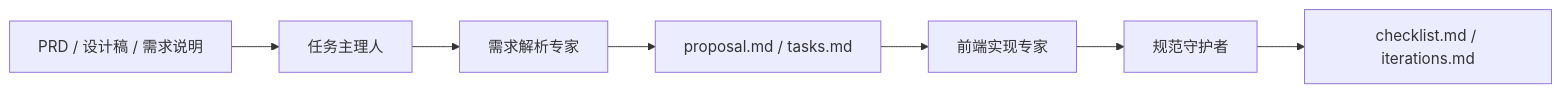
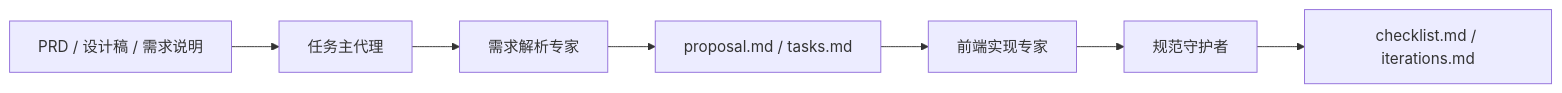
The third of 4 diagrams in docs/paser_two/规范驱动开发平台-渐进式实施与内部推广方案.md (Colouful/br-ai-spec), drawn with Mermaid before and after one commit. The commit also changed other lines of this file and 88 other files, not shown here.

````diff
--- a/docs/paser_two/规范驱动开发平台-渐进式实施与内部推广方案.md
+++ b/docs/paser_two/规范驱动开发平台-渐进式实施与内部推广方案.md
@@ -178,9 +178,9 @@
 ```mermaid
 flowchart LR
-    A["PRD / 设计稿 / 需求说明"] --> B["任务主理人"]
+    A["PRD / 设计稿 / 需求说明"] --> B["任务主代理"]
     B --> C["需求解析专家"]
     C --> D["proposal.md / tasks.md"]
     D --> E["前端实现专家"]
     E --> F["规范守护者"]
     F --> G["checklist.md / iterations.md"]
 ```
````
